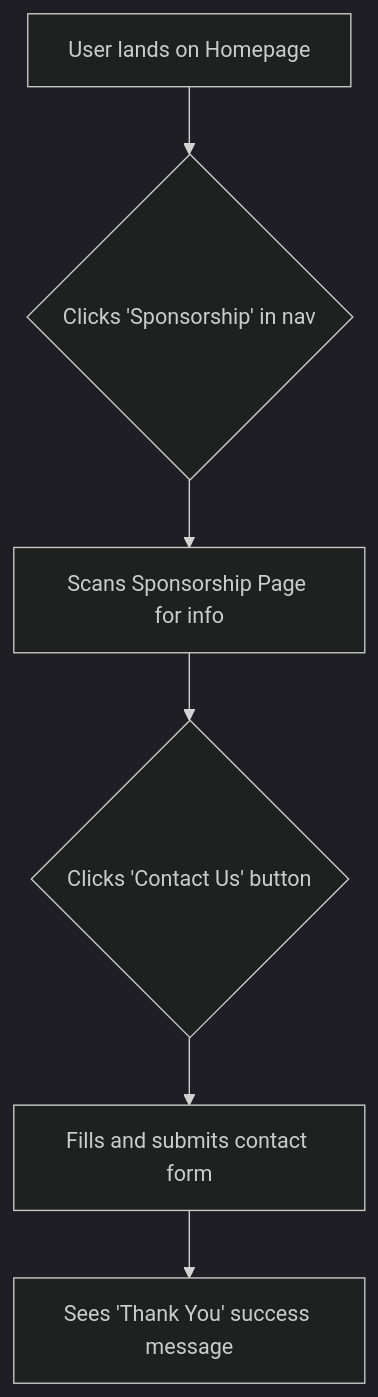
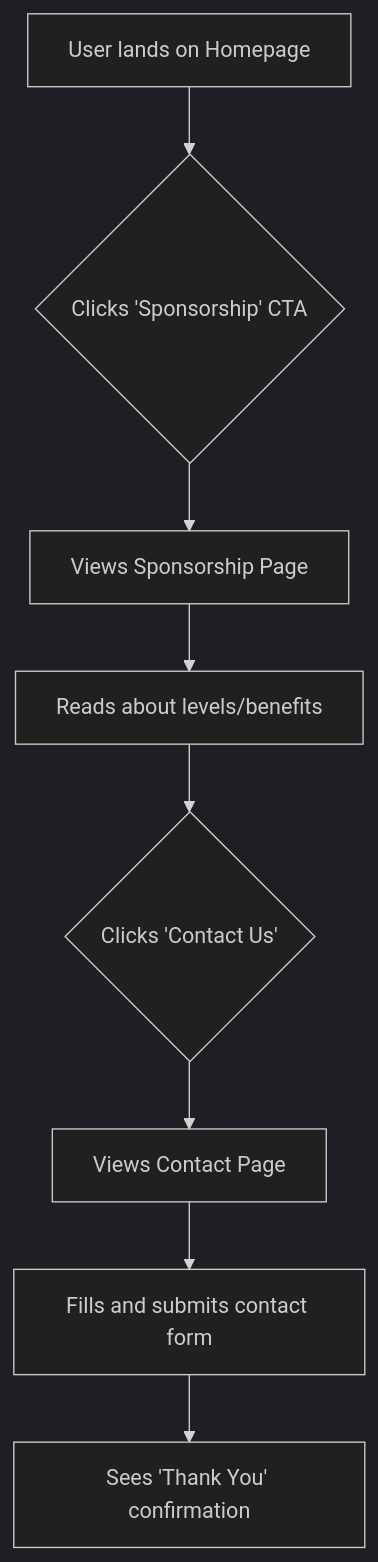
The second of 3 diagrams in docs/front-end-spec.md (ftc-25805/ftc-25805.github.io), drawn with Mermaid (dark theme) before and after one commit. The commit also changed other lines of this file and 3 other files, not shown here.

````diff
--- a/docs/front-end-spec.md
+++ b/docs/front-end-spec.md
@@ -64,8 +68,10 @@
 ```mermaid
 graph TD
-    A[User lands on Homepage] --> B{Clicks 'Sponsorship' in nav};
-    B --> C[Scans Sponsorship Page for info];
-    C --> D{Clicks 'Contact Us' button};
-    D --> E[Fills and submits contact form];
-    E --> F[Sees 'Thank You' success message];
+    A[User lands on Homepage] --> B{Clicks 'Sponsorship' CTA};
+    B --> C[Views Sponsorship Page];
+    C --> D[Reads about levels/benefits];
+    D --> E{Clicks 'Contact Us'};
+    E --> F[Views Contact Page];
+    F --> G[Fills and submits contact form];
+    G --> H[Sees 'Thank You' confirmation];
 ```
````
